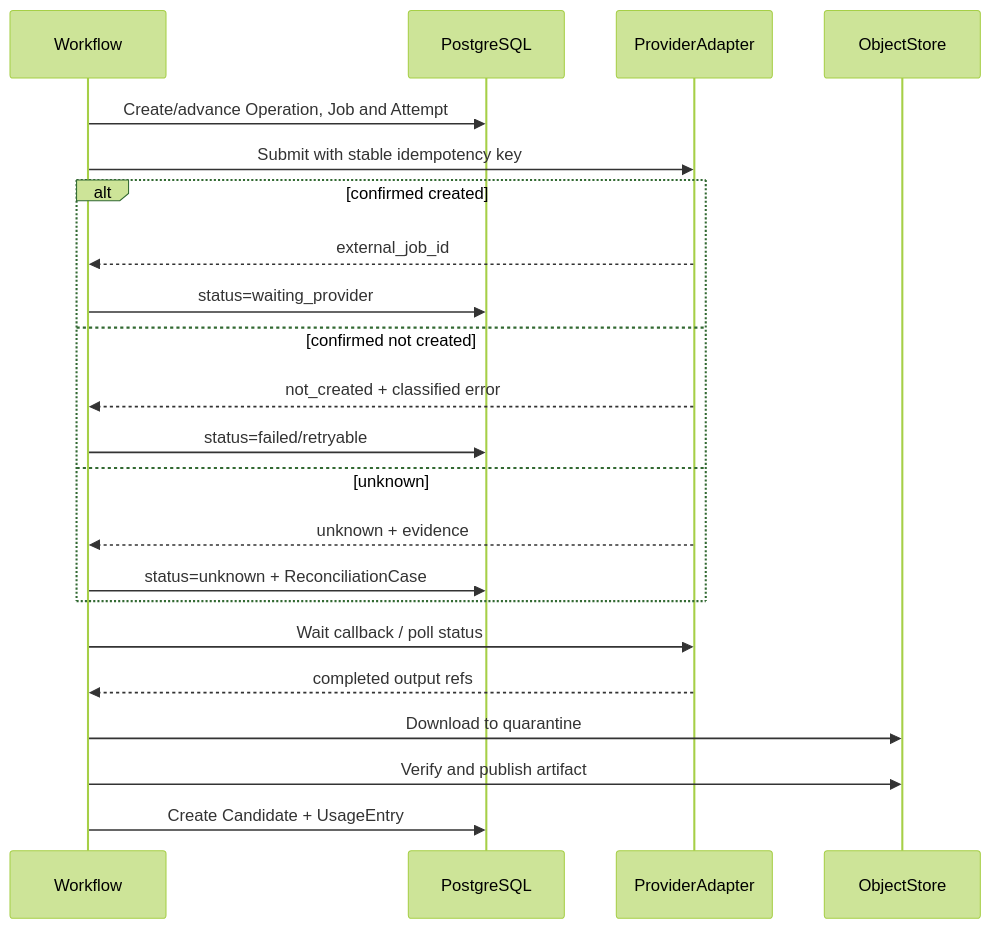
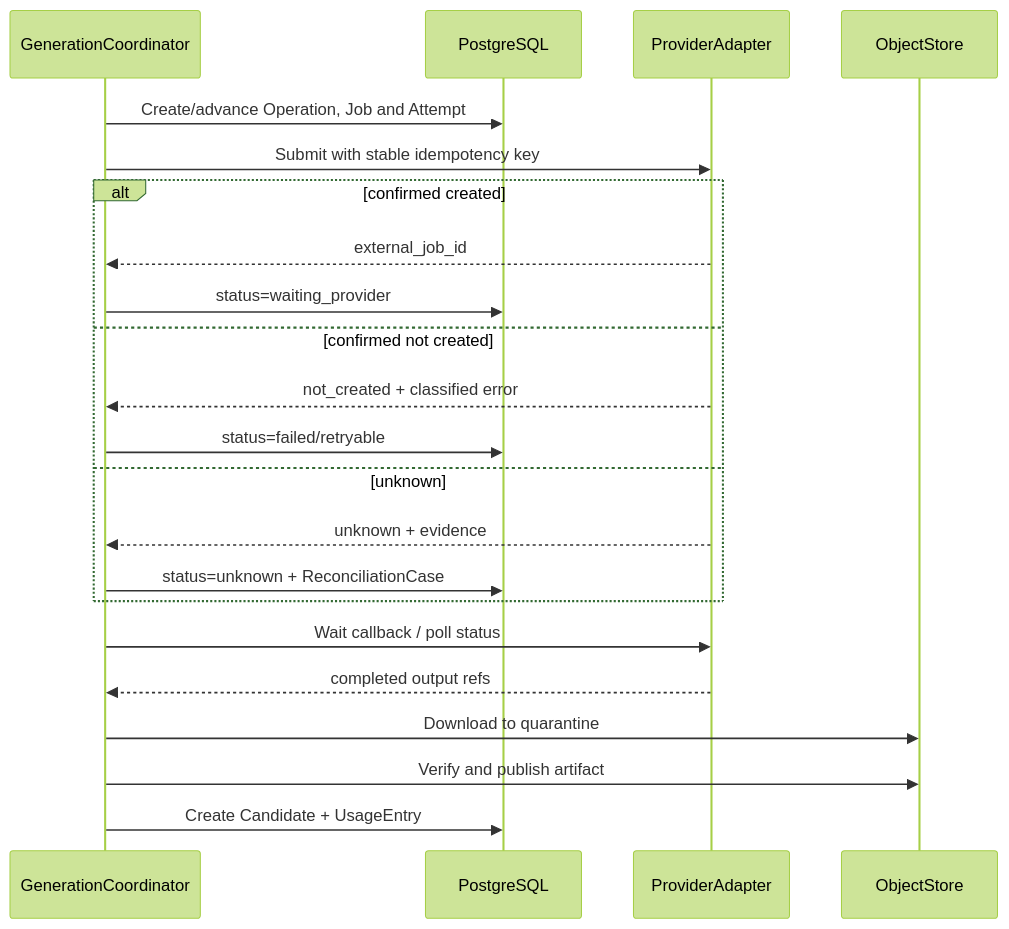
Before and after one commit to StephenQiu30/lanverse: the diagram in docs/design/021-AI视频生产平台接口工作流与功能实现设计.md, drawn with Mermaid (forest theme). The commit also changed other lines of this file and 5 other files, not shown here.

First line of the commit message:
docs(architecture): 确立AI视频平台Python目标架构

````diff
--- a/docs/design/021-AI视频生产平台接口工作流与功能实现设计.md
+++ b/docs/design/021-AI视频生产平台接口工作流与功能实现设计.md
@@ -261,24 +261,24 @@
 ```mermaid
 sequenceDiagram
-    participant W as Workflow
+    participant W as GenerationCoordinator
     participant DB as PostgreSQL
     participant P as ProviderAdapter
     participant O as ObjectStore
     W->>DB: Create/advance Operation, Job and Attempt
     W->>P: Submit with stable idempotency key
     alt confirmed created
         P-->>W: external_job_id
         W->>DB: status=waiting_provider
     else confirmed not created
         P-->>W: not_created + classified error
         W->>DB: status=failed/retryable
     else unknown
         P-->>W: unknown + evidence
         W->>DB: status=unknown + ReconciliationCase
     end
     W->>P: Wait callback / poll status
     P-->>W: completed output refs
     W->>O: Download to quarantine
     W->>O: Verify and publish artifact
     W->>DB: Create Candidate + UsageEntry
 ```
````
